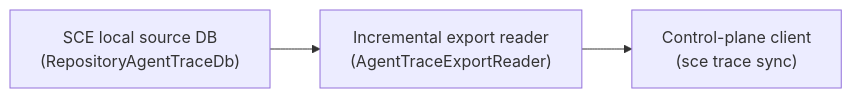
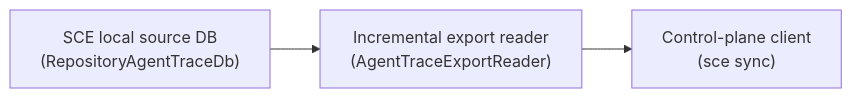
Before and after one commit to crocoder-dev/shared-context-engineering: the diagram in context/sce/agent-trace-export-readers.md, drawn with Mermaid. The commit also changed other lines of this file and 35 other files, not shown here.

First line of the commit message:
cli: Promote Agent Trace sync to a top-level command

````diff
--- a/context/sce/agent-trace-export-readers.md
+++ b/context/sce/agent-trace-export-readers.md
@@ -7,5 +7,5 @@
 ```mermaid
 flowchart LR
     A["SCE local source DB\n(RepositoryAgentTraceDb)"] --> B["Incremental export reader\n(AgentTraceExportReader)"]
-    B --> C["Control-plane client\n(sce trace sync)"]
+    B --> C["Control-plane client\n(sce sync)"]
 ```
````
